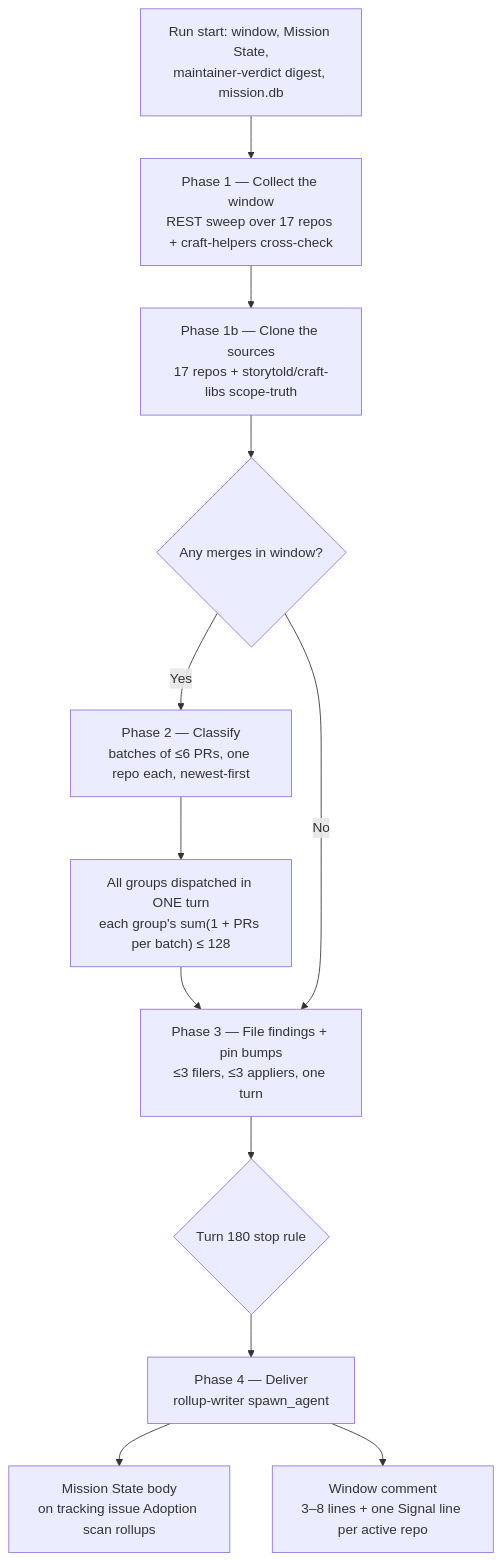
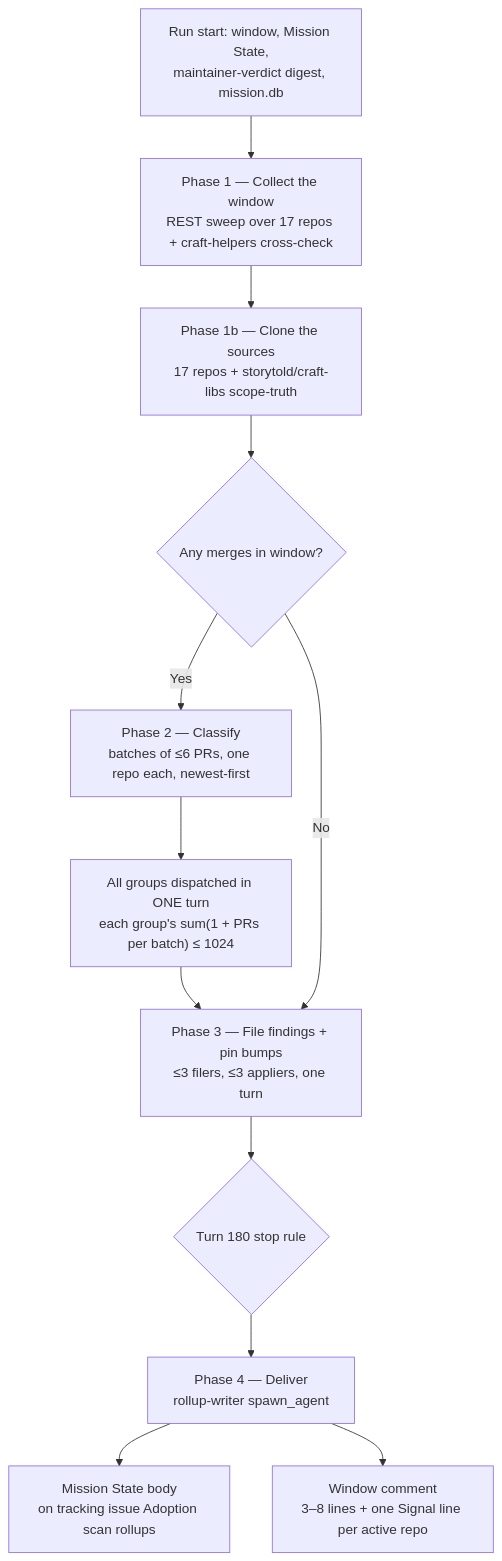
Before and after one commit to ahmedhosnypro/craft-libs-adoption: the second of 12 diagrams in docs/workflow-diagrams.md, drawn with Mermaid. The commit also changed other lines of this file, not shown here.

Commit message:
docs(scan): diagrams carry the 1024/1024 pool and unlimited subagent budgets

````diff
--- a/docs/workflow-diagrams.md
+++ b/docs/workflow-diagrams.md
@@ -61,14 +61,14 @@
 ```mermaid
 flowchart TD
     Init["Run start: window, Mission State,<br/>maintainer-verdict digest, mission.db"] --> P1["Phase 1 — Collect the window<br/>REST sweep over 17 repos + craft-helpers cross-check"]
     P1 --> P1b["Phase 1b — Clone the sources<br/>17 repos + storytold/craft-libs scope-truth"]
     P1b --> Zero{"Any merges in window?"}
     Zero -->|Yes| P2["Phase 2 — Classify<br/>batches of ≤6 PRs, one repo each, newest-first"]
-    P2 --> Groups["All groups dispatched in ONE turn<br/>each group's sum(1 + PRs per batch) ≤ 128"]
+    P2 --> Groups["All groups dispatched in ONE turn<br/>each group's sum(1 + PRs per batch) ≤ 1024"]
     Groups --> P3["Phase 3 — File findings + pin bumps<br/>≤3 filers, ≤3 appliers, one turn"]
     Zero -->|No| P3
     P3 --> Stop{"Turn 180 stop rule"}
     Stop --> P4["Phase 4 — Deliver<br/>rollup-writer spawn_agent"]
     P4 --> Body["Mission State body<br/>on tracking issue Adoption scan rollups"]
     P4 --> Comment["Window comment<br/>3–8 lines + one Signal line per active repo"]
 ```
````
